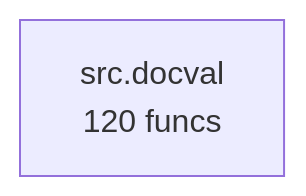
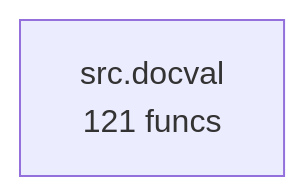
One commit to semcod/docval changed the diagram in project/compact_flow.mmd. Above: the diagram before and after it, drawn with Mermaid. The commit also changed 46 other files, not shown here.

```diff
--- a/project/compact_flow.mmd
+++ b/project/compact_flow.mmd
@@ -1,2 +1,2 @@
 flowchart TD
-    src__docval["src.docval<br/>120 funcs"]
+    src__docval["src.docval<br/>121 funcs"]
```
